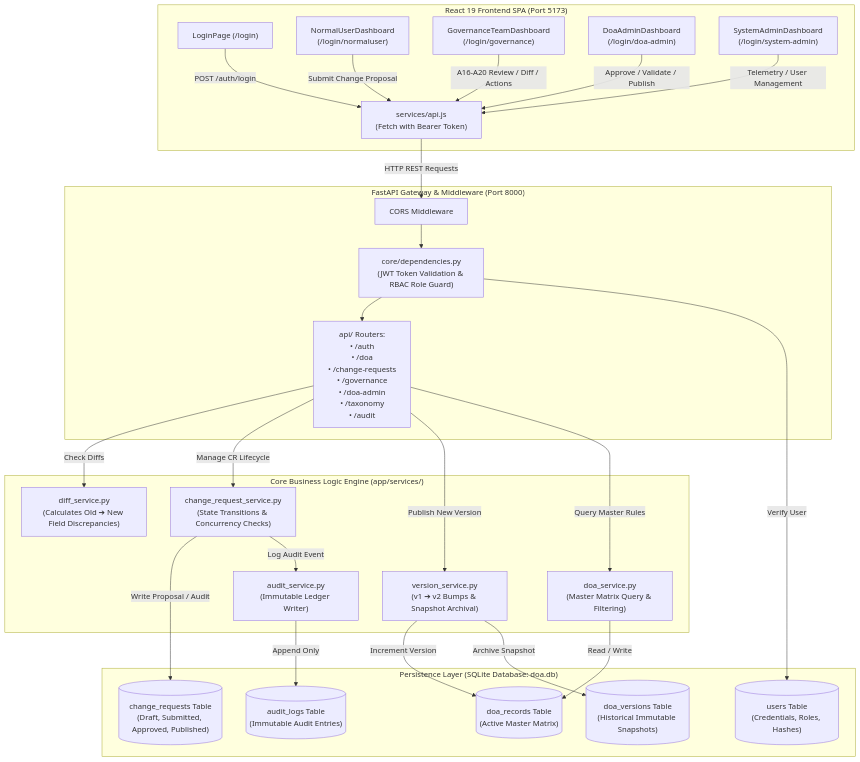
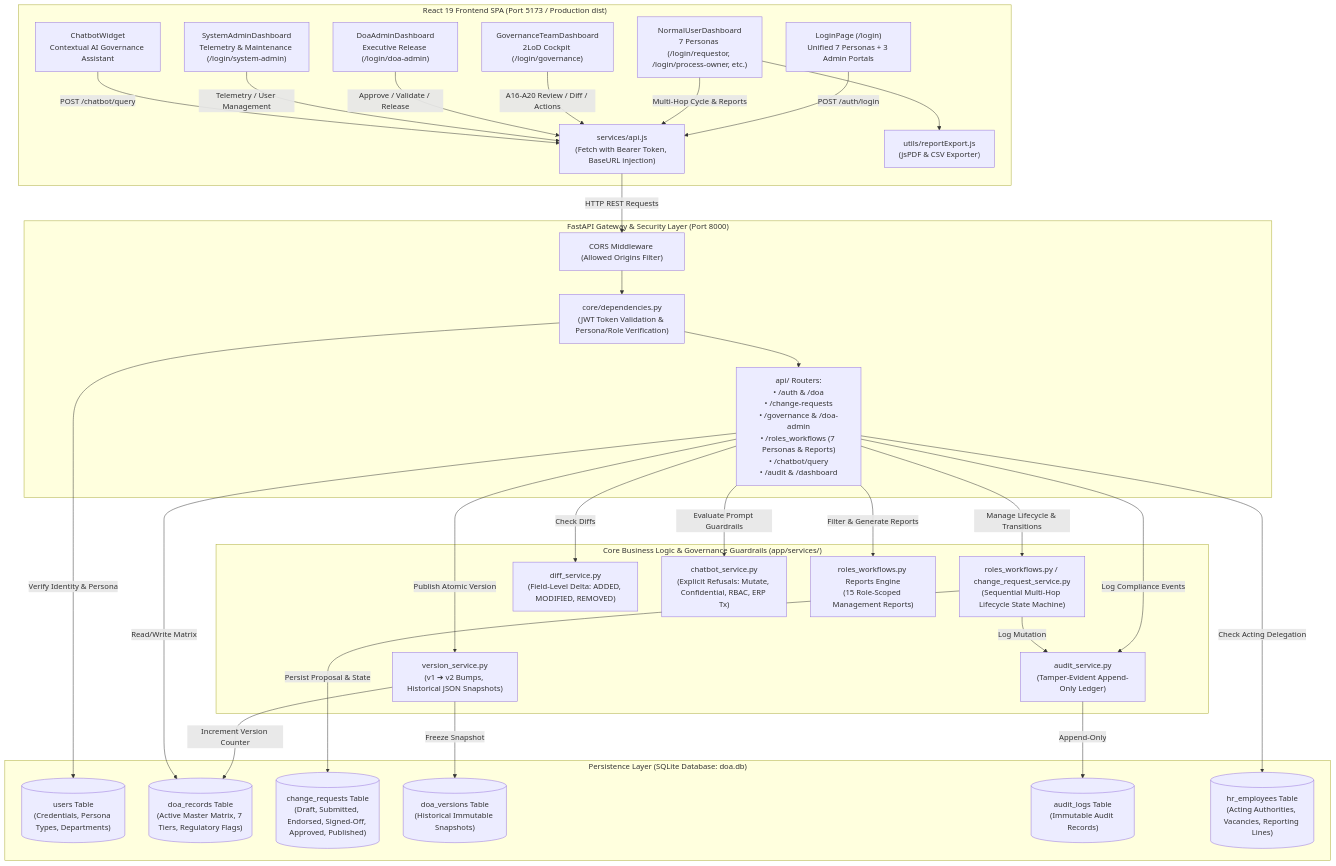
The diagram in development.md (aswinbijoykumar/DOA---edge-cases), drawn with Mermaid before and after one commit. The commit also changed other lines of this file and 21 other files, not shown here.

````diff
--- a/development.md
+++ b/development.md
@@ -89,60 +96,69 @@
 ```mermaid
 flowchart TD
-    subgraph Client["React 19 Frontend SPA (Port 5173)"]
-        UI_Login["LoginPage (/login)"]
-        UI_Normal["NormalUserDashboard\n(/login/normaluser)"]
-        UI_Gov["GovernanceTeamDashboard\n(/login/governance)"]
-        UI_Admin["DoaAdminDashboard\n(/login/doa-admin)"]
-        UI_Sys["SystemAdminDashboard\n(/login/system-admin)"]
-        API_Client["services/api.js\n(Fetch with Bearer Token)"]
+    subgraph Client["React 19 Frontend SPA (Port 5173 / Production dist)"]
+        UI_Login["LoginPage (/login)\nUnified 7 Personas + 3 Admin Portals"]
+        UI_Personas["NormalUserDashboard\n7 Personas (/login/requestor, /login/process-owner, etc.)"]
+        UI_Gov["GovernanceTeamDashboard\n2LoD Cockpit (/login/governance)"]
+        UI_Admin["DoaAdminDashboard\nExecutive Release (/login/doa-admin)"]
+        UI_Sys["SystemAdminDashboard\nTelemetry & Maintenance (/login/system-admin)"]
+        UI_Bot["ChatbotWidget\nContextual AI Governance Assistant"]
+        API_Client["services/api.js\n(Fetch with Bearer Token, BaseURL injection)"]
+        Export_Util["utils/reportExport.js\n(jsPDF & CSV Exporter)"]
     end
 
-    subgraph API_Gateway["FastAPI Gateway & Middleware (Port 8000)"]
-        CORS["CORS Middleware"]
-        Auth_Guard["core/dependencies.py\n(JWT Token Validation & RBAC Role Guard)"]
-        Routers["api/ Routers:\n• /auth\n• /doa\n• /change-requests\n• /governance\n• /doa-admin\n• /taxonomy\n• /audit"]
+    subgraph API_Gateway["FastAPI Gateway & Security Layer (Port 8000)"]
+        CORS["CORS Middleware (Allowed Origins Filter)"]
+        Auth_Guard["core/dependencies.py\n(JWT Token Validation & Persona/Role Verification)"]
+        Routers["api/ Routers:\n• /auth & /doa\n• /change-requests\n• /governance & /doa-admin\n• /roles_workflows (7 Personas & Reports)\n• /chatbot/query\n• /audit & /dashboard"]
     end
 
-    subgraph Services["Core Business Logic Engine (app/services/)"]
-        Diff_Engine["diff_service.py\n(Calculates Old ➔ New Field Discrepancies)"]
-        CR_Service["change_request_service.py\n(State Transitions & Concurrency Checks)"]
-        Version_Engine["version_service.py\n(v1 ➔ v2 Bumps & Snapshot Archival)"]
-        DOA_Service["doa_service.py\n(Master Matrix Query & Filtering)"]
-        Audit_Service["audit_service.py\n(Immutable Ledger Writer)"]
+    subgraph Business_Engines["Core Business Logic & Governance Guardrails (app/services/)"]
+        Workflow_Engine["roles_workflows.py / change_request_service.py\n(Sequential Multi-Hop Lifecycle State Machine)"]
+        Diff_Engine["diff_service.py\n(Field-Level Delta: ADDED, MODIFIED, REMOVED)"]
+        Version_Engine["version_service.py\n(v1 ➔ v2 Bumps, Historical JSON Snapshots)"]
+        Guardrails["chatbot_service.py\n(Explicit Refusals: Mutate, Confidential, RBAC, ERP Tx)"]
+        Audit_Service["audit_service.py\n(Tamper-Evident Append-Only Ledger)"]
+        Report_Engine["roles_workflows.py Reports Engine\n(15 Role-Scoped Management Reports)"]
     end
 
     subgraph Storage["Persistence Layer (SQLite Database: doa.db)"]
-        DB_Users[("users Table\n(Credentials, Roles, Hashes)")]
-        DB_DOA[("doa_records Table\n(Active Master Matrix)")]
-        DB_CR[("change_requests Table\n(Draft, Submitted, Approved, Published)")]
+        DB_Users[("users Table\n(Credentials, Persona Types, Departments)")]
+        DB_DOA[("doa_records Table\n(Active Master Matrix, 7 Tiers, Regulatory Flags)")]
+        DB_CR[("change_requests Table\n(Draft, Submitted, Endorsed, Signed-Off, Approved, Published)")]
         DB_Versions[("doa_versions Table\n(Historical Immutable Snapshots)")]
-        DB_Audit[("audit_logs Table\n(Immutable Audit Entries)")]
+        DB_Audit[("audit_logs Table\n(Immutable Audit Records)")]
+        DB_HR[("hr_employees Table\n(Acting Authorities, Vacancies, Reporting Lines)")]
     end
 
-    %% Client Flow
+    %% Client Interactions
     UI_Login -->|POST /auth/login| API_Client
-    UI_Normal -->|Submit Change Proposal| API_Client
+    UI_Personas -->|Multi-Hop Cycle & Reports| API_Client
     UI_Gov -->|A16-A20 Review / Diff / Actions| API_Client
-    UI_Admin -->|Approve / Validate / Publish| API_Client
+    UI_Admin -->|Approve / Validate / Release| API_Client
     UI_Sys -->|Telemetry / User Management| API_Client
+    UI_Bot -->|POST /chatbot/query| API_Client
+    UI_Personas --> Export_Util
 
     %% Gateway Flow
     API_Client -->|HTTP REST Requests| CORS
     CORS --> Auth_Guard
     Auth_Guard --> Routers
 
     %% Service Execution Flow
     Routers -->|Check Diffs| Diff_Engine
-    Routers -->|Manage CR Lifecycle| CR_Service
-    Routers -->|Publish New Version| Version_Engine
-    Routers -->|Query Master Rules| DOA_Service
+    Routers -->|Manage Lifecycle & Transitions| Workflow_Engine
+    Routers -->|Publish Atomic Version| Version_Engine
+    Routers -->|Filter & Generate Reports| Report_Engine
+    Routers -->|Evaluate Prompt Guardrails| Guardrails
+    Routers -->|Log Compliance Events| Audit_Service
 
-    %% Service to Storage Flow
-    CR_Service -->|Write Proposal / Audit| DB_CR
-    CR_Service -->|Log Audit Event| Audit_Service
-    Version_Engine -->|Increment Version| DB_DOA
-    Version_Engine -->|Archive Snapshot| DB_Versions
-    Audit_Service -->|Append Only| DB_Audit
-    DOA_Service -->|Read / Write| DB_DOA
-    Auth_Guard -->|Verify User| DB_Users
+    %% Persistence Flow
+    Workflow_Engine -->|Persist Proposal & State| DB_CR
+    Workflow_Engine -->|Log Mutation| Audit_Service
+    Version_Engine -->|Increment Version Counter| DB_DOA
+    Version_Engine -->|Freeze Snapshot| DB_Versions
+    Audit_Service -->|Append-Only| DB_Audit
+    Routers -->|Read/Write Matrix| DB_DOA
+    Auth_Guard -->|Verify Identity & Persona| DB_Users
+    Routers -->|Check Acting Delegation| DB_HR
 ```
````
